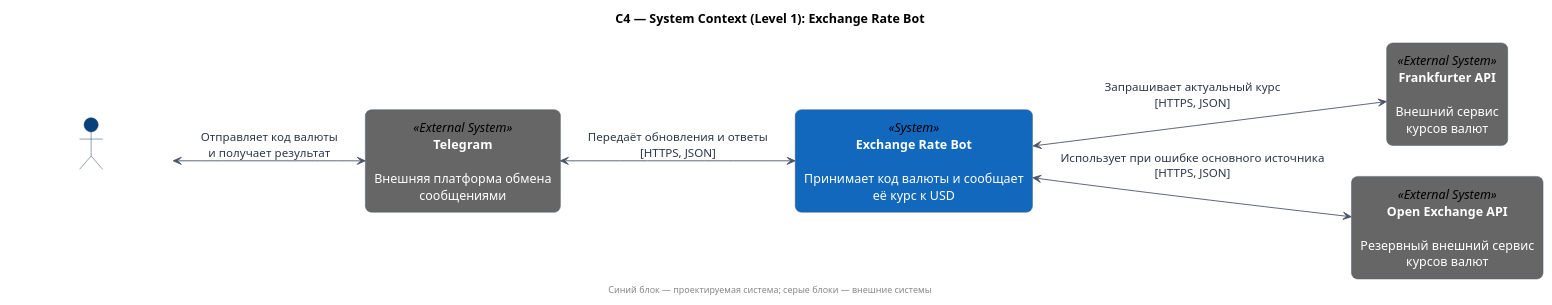
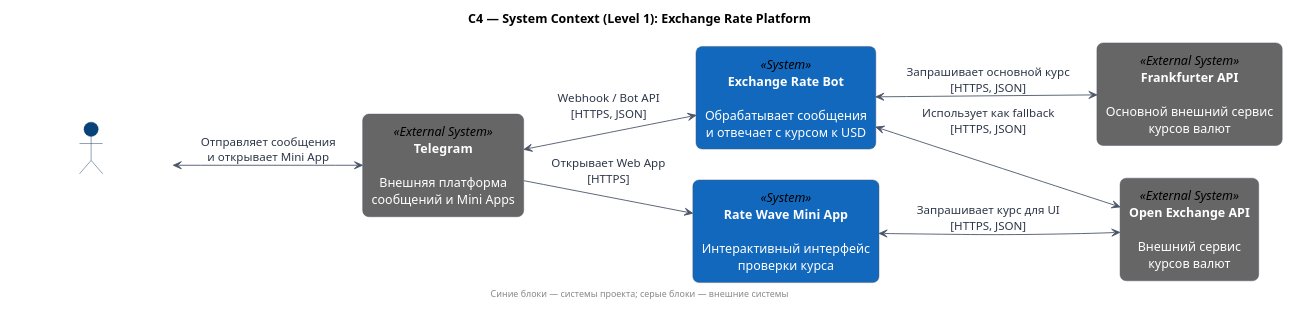
Before and after one commit to Emilo067/exchange-rate-bot: the diagram in docs/c4-context.puml, drawn with PlantUML. The commit also changed 12 other files, not shown here.

Commit message:
feat: add mini app documentation and architecture

```diff
--- a/docs/c4-context.puml
+++ b/docs/c4-context.puml
@@ -1,36 +1,40 @@
 @startuml
-title C4 — System Context (Level 1): Exchange Rate Bot
+title C4 — System Context (Level 1): Exchange Rate Platform
 
 left to right direction
 skinparam shadowing false
 skinparam roundCorner 14
 skinparam defaultFontName Arial
 skinparam defaultTextAlignment center
 skinparam ArrowColor #4A5568
 skinparam ArrowFontColor #2D3748
 skinparam actor {
   BackgroundColor #08427B
   BorderColor #052E56
   FontColor #FFFFFF
 }
 skinparam rectangle {
   BorderColor #4A5568
 }
 
 actor user as "Пользователь\n\nЗапрашивает курс валюты" <<Person>>
 
-rectangle telegram as "<color:white><b>Telegram</b></color>\n\n<color:white>Внешняя платформа обмена</color>\n<color:white>сообщениями</color>" <<External System>> #666666
+rectangle telegram as "<color:white><b>Telegram</b></color>\n\n<color:white>Внешняя платформа</color>\n<color:white>сообщений и Mini Apps</color>" <<External System>> #666666
 
-rectangle bot as "<color:white><b>Exchange Rate Bot</b></color>\n\n<color:white>Принимает код валюты и сообщает</color>\n<color:white>её курс к USD</color>" <<System>> #1168BD
+rectangle bot as "<color:white><b>Exchange Rate Bot</b></color>\n\n<color:white>Обрабатывает сообщения</color>\n<color:white>и отвечает с курсом к USD</color>" <<System>> #1168BD
 
-rectangle frankfurter as "<color:white><b>Frankfurter API</b></color>\n\n<color:white>Внешний сервис</color>\n<color:white>курсов валют</color>" <<External System>> #666666
+rectangle mini_app as "<color:white><b>Rate Wave Mini App</b></color>\n\n<color:white>Интерактивный интерфейс</color>\n<color:white>проверки курса</color>" <<System>> #1168BD
 
-rectangle open_exchange as "<color:white><b>Open Exchange API</b></color>\n\n<color:white>Резервный внешний сервис</color>\n<color:white>курсов валют</color>" <<External System>> #666666
+rectangle frankfurter as "<color:white><b>Frankfurter API</b></color>\n\n<color:white>Основной внешний сервис</color>\n<color:white>курсов валют</color>" <<External System>> #666666
 
-user <--> telegram : Отправляет код валюты\nи получает результат
-telegram <--> bot : Передаёт обновления и ответы\n[HTTPS, JSON]
-bot <--> frankfurter : Запрашивает актуальный курс\n[HTTPS, JSON]
-bot <--> open_exchange : Использует при ошибке основного источника\n[HTTPS, JSON]
+rectangle open_exchange as "<color:white><b>Open Exchange API</b></color>\n\n<color:white>Внешний сервис</color>\n<color:white>курсов валют</color>" <<External System>> #666666
 
-footer Синий блок — проектируемая система; серые блоки — внешние системы
+user <--> telegram : Отправляет сообщения\nи открывает Mini App
+telegram <--> bot : Webhook / Bot API\n[HTTPS, JSON]
+telegram --> mini_app : Открывает Web App\n[HTTPS]
+bot <--> frankfurter : Запрашивает основной курс\n[HTTPS, JSON]
+bot <--> open_exchange : Использует как fallback\n[HTTPS, JSON]
+mini_app <--> open_exchange : Запрашивает курс для UI\n[HTTPS, JSON]
+
+footer Синие блоки — системы проекта; серые блоки — внешние системы
 @enduml
```
